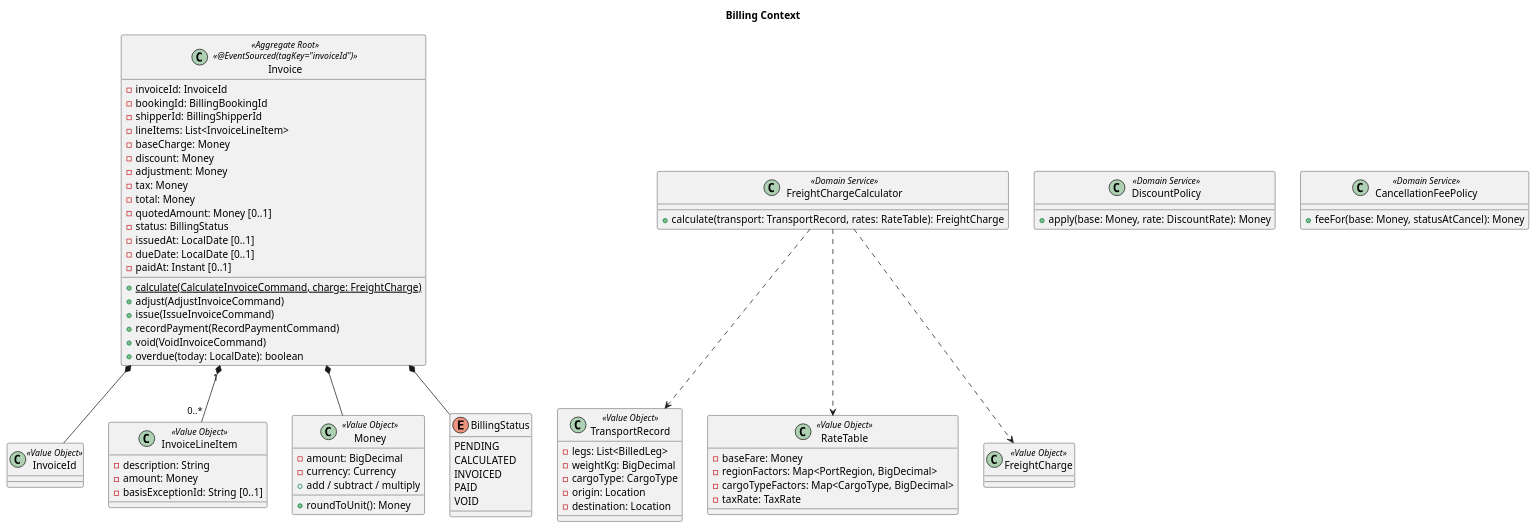
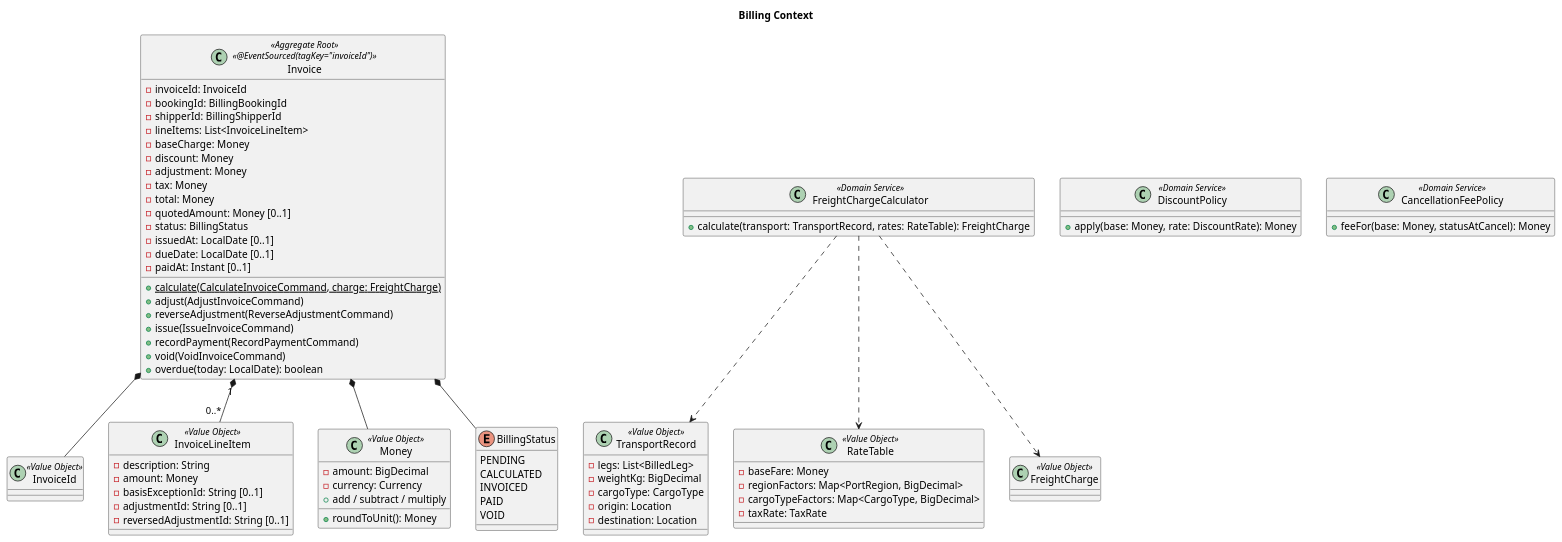
The tenth of 13 diagrams in docs/design/cargo-tracker/domain-model.md (k2works/case-study-cargo-tracker), drawn with PlantUML before and after one commit. The commit also changed other lines of this file and 41 other files, not shown here.

````diff
--- a/docs/design/cargo-tracker/domain-model.md
+++ b/docs/design/cargo-tracker/domain-model.md
@@ -1059,79 +1059,82 @@
 ```plantuml
 @startuml
 title Billing Context
 
 class Invoice <<Aggregate Root>> <<@EventSourced(tagKey="invoiceId")>> {
   - invoiceId: InvoiceId
   - bookingId: BillingBookingId
   - shipperId: BillingShipperId
   - lineItems: List<InvoiceLineItem>
   - baseCharge: Money
   - discount: Money
   - adjustment: Money
   - tax: Money
   - total: Money
   - quotedAmount: Money [0..1]
   - status: BillingStatus
   - issuedAt: LocalDate [0..1]
   - dueDate: LocalDate [0..1]
   - paidAt: Instant [0..1]
   + {static} calculate(CalculateInvoiceCommand, charge: FreightCharge)
   + adjust(AdjustInvoiceCommand)
+  + reverseAdjustment(ReverseAdjustmentCommand)
   + issue(IssueInvoiceCommand)
   + recordPayment(RecordPaymentCommand)
   + void(VoidInvoiceCommand)
   + overdue(today: LocalDate): boolean
 }
 class InvoiceId <<Value Object>>
 class InvoiceLineItem <<Value Object>> {
   - description: String
   - amount: Money
   - basisExceptionId: String [0..1]
+  - adjustmentId: String [0..1]
+  - reversedAdjustmentId: String [0..1]
 }
 class Money <<Value Object>> {
   - amount: BigDecimal
   - currency: Currency
   + add / subtract / multiply
   + roundToUnit(): Money
 }
 enum BillingStatus {
   PENDING
   CALCULATED
   INVOICED
   PAID
   VOID
 }
 
 class FreightChargeCalculator <<Domain Service>> {
   + calculate(transport: TransportRecord, rates: RateTable): FreightCharge
 }
 class TransportRecord <<Value Object>> {
   - legs: List<BilledLeg>
   - weightKg: BigDecimal
   - cargoType: CargoType
   - origin: Location
   - destination: Location
 }
 class RateTable <<Value Object>> {
   - baseFare: Money
   - regionFactors: Map<PortRegion, BigDecimal>
   - cargoTypeFactors: Map<CargoType, BigDecimal>
   - taxRate: TaxRate
 }
 class FreightCharge <<Value Object>>
 class DiscountPolicy <<Domain Service>> {
   + apply(base: Money, rate: DiscountRate): Money
 }
 class CancellationFeePolicy <<Domain Service>> {
   + feeFor(base: Money, statusAtCancel): Money
 }
 
 Invoice *-- InvoiceId
 Invoice *-- BillingStatus
 Invoice "1" *-- "0..*" InvoiceLineItem
 Invoice *-- Money
 FreightChargeCalculator ..> TransportRecord
 FreightChargeCalculator ..> RateTable
 FreightChargeCalculator ..> FreightCharge
 @enduml
 ```
````
